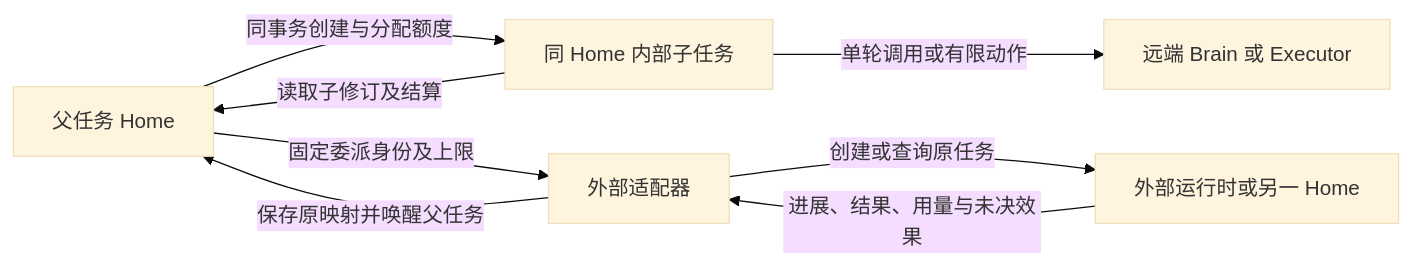
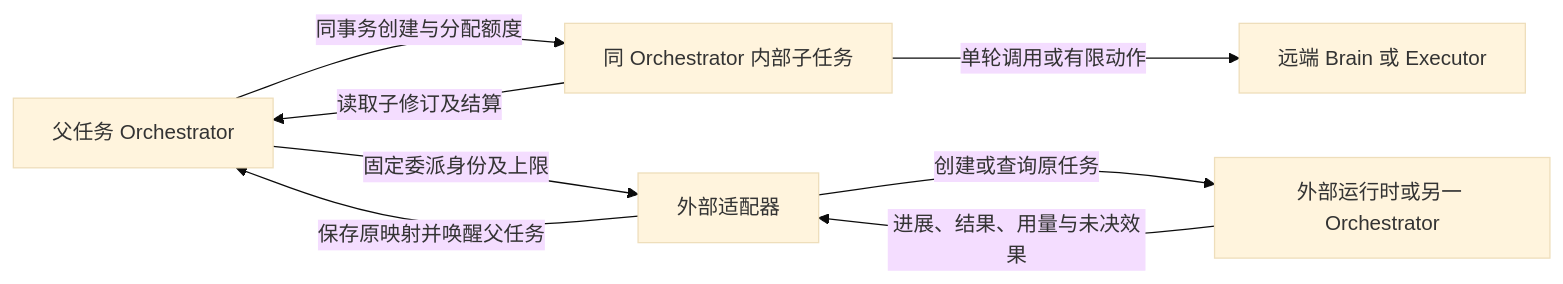
The first of 2 diagrams in docs/architecture/collaboration/README.md (ruipengliu/lerna), drawn with Mermaid (base theme) before and after one commit. The commit also changed other lines of this file and 174 other files, not shown here.

````diff
--- a/docs/architecture/collaboration/README.md
+++ b/docs/architecture/collaboration/README.md
@@ -21,10 +21,10 @@
 ```mermaid
 flowchart LR
-    P[父任务 Home] -->|同事务创建与分配额度| C[同 Home 内部子任务]
+    P[父任务 Orchestrator] -->|同事务创建与分配额度| C[同 Orchestrator 内部子任务]
     C -->|读取子修订及结算| P
     C -->|单轮调用或有限动作| R[远端 Brain 或 Executor]
     P -->|固定委派身份及上限| A[外部适配器]
-    A -->|创建或查询原任务| X[外部运行时或另一 Home]
+    A -->|创建或查询原任务| X[外部运行时或另一 Orchestrator]
     X -->|进展、结果、用量与未决效果| A
     A -->|保存原映射并唤醒父任务| P
 ```
````
